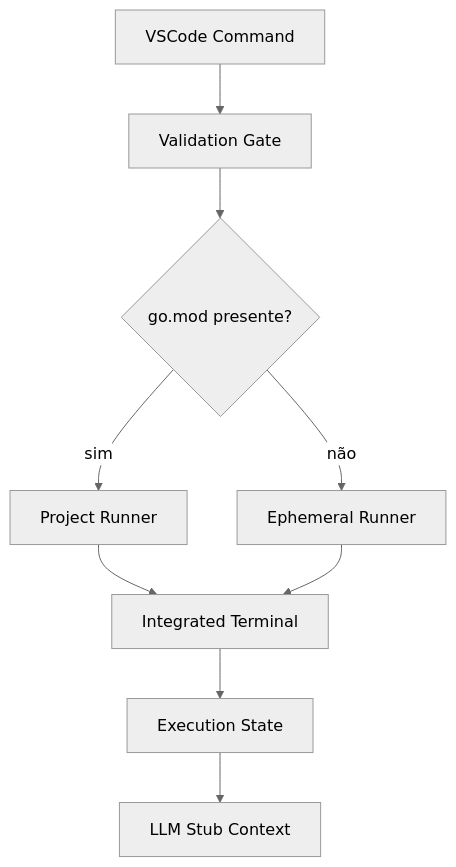
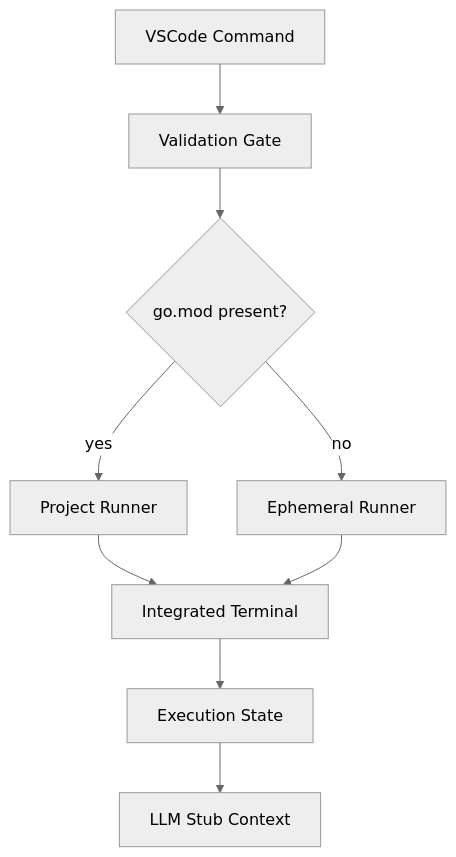
One commit to kubex-ecosystem/rightogo changed the diagram in docs/advanced/architecture.md. Above: the diagram before and after it, drawn with Mermaid (neutral theme). The commit also changed other lines of this file and 27 other files, not shown here.

````diff
--- a/docs/advanced/architecture.md
+++ b/docs/advanced/architecture.md
@@ -19,11 +20,11 @@
 ```mermaid
 flowchart TB
   A["VSCode Command"] --> B["Validation Gate"]
-  B --> C{"go.mod presente?"}
-  C -->|"sim"| D["Project Runner"]
-  C -->|"não"| E["Ephemeral Runner"]
+  B --> C{"go.mod present?"}
+  C -->|"yes"| D["Project Runner"]
+  C -->|"no"| E["Ephemeral Runner"]
   D --> F["Integrated Terminal"]
   E --> F
   F --> G["Execution State"]
   G --> H["LLM Stub Context"]
 ```
````
